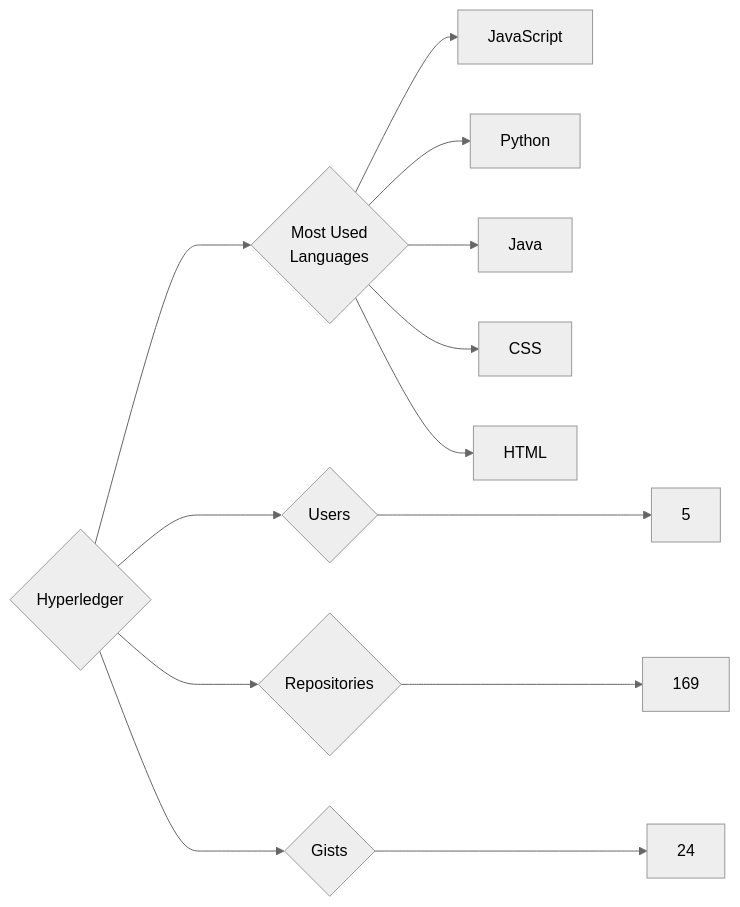
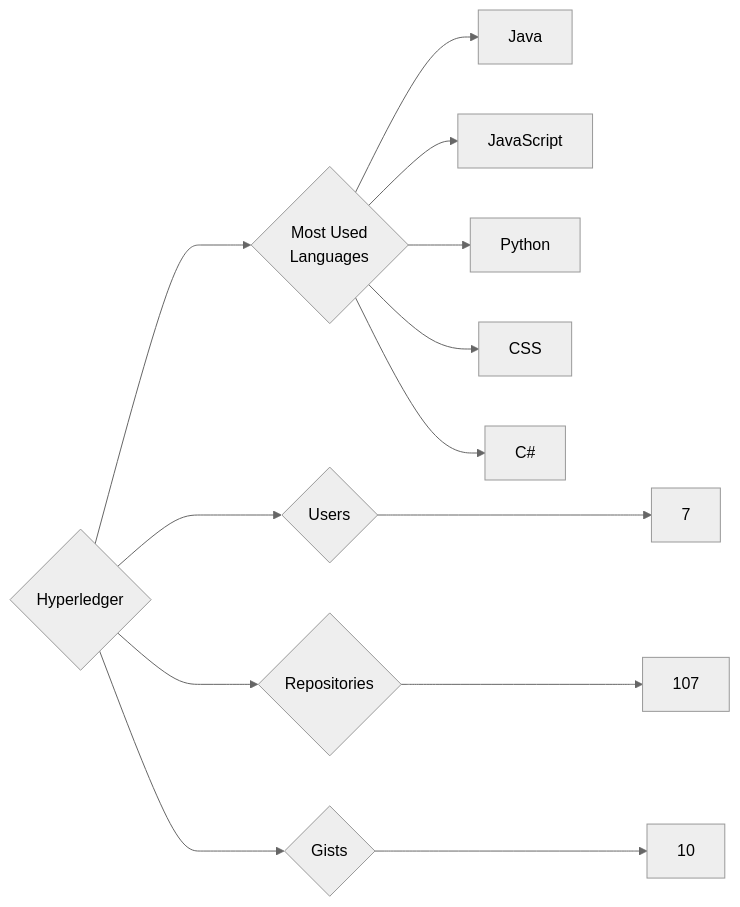
One commit to trickest/insiders changed the diagram in targets/Hyperledger/README.md. Above: the diagram before and after it, drawn with Mermaid (neutral theme). The commit also changed 1123 other files, not shown here.

````diff
--- a/targets/Hyperledger/README.md
+++ b/targets/Hyperledger/README.md
@@ -3,13 +3,13 @@
 ```mermaid
 graph LR
 COMPANY_NAME{Hyperledger}
-COMPANY_NAME ---> U{Users} ---> UN[5]
-COMPANY_NAME ---> R{Repositories} ---> RN[169]
-COMPANY_NAME ---> G{Gists} ---> GN[24]
+COMPANY_NAME ---> U{Users} ---> UN[7]
+COMPANY_NAME ---> R{Repositories} ---> RN[107]
+COMPANY_NAME ---> G{Gists} ---> GN[10]
 COMPANY_NAME ---> ML{Most Used<br>Languages}
+ML --> Java[Java]
 ML --> JavaScript[JavaScript]
 ML --> Python[Python]
-ML --> Java[Java]
 ML --> CSS[CSS]
-ML --> HTML[HTML]
+ML --> C#[C#]
 ```
````
